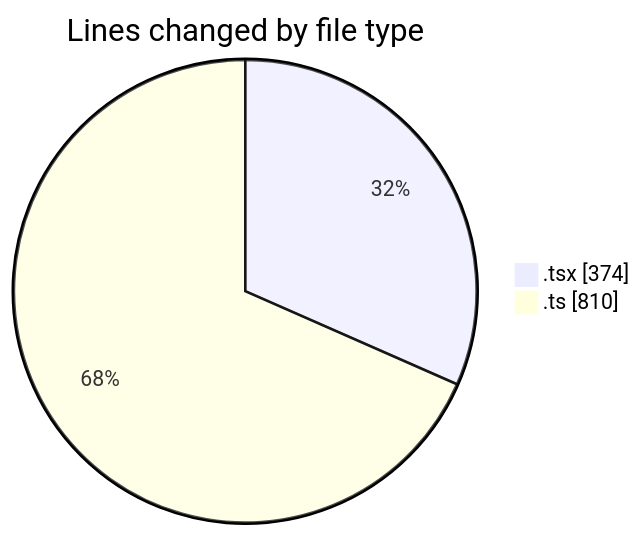
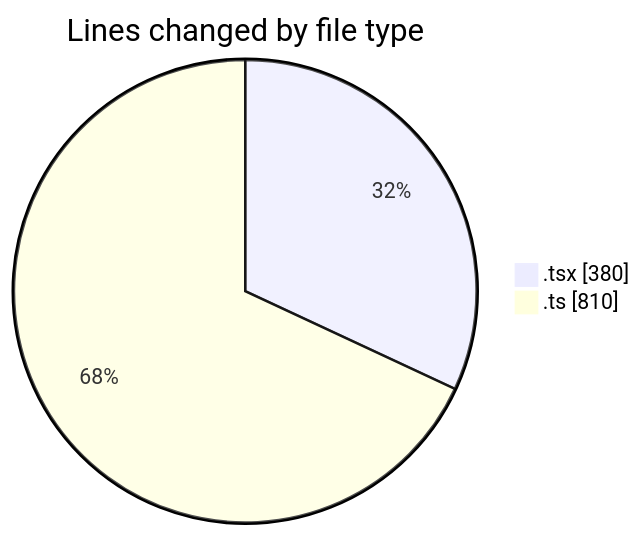
Before and after one commit to nxtqubesakshisongat/code-tracking: the first of 2 diagrams in 2026-02-05/nxtqube_webapp/README.md, drawn with Mermaid. The commit also changed other lines of this file and 1 other file, not shown here.

````diff
--- a/2026-02-05/nxtqube_webapp/README.md
+++ b/2026-02-05/nxtqube_webapp/README.md
@@ -25,6 +25,6 @@
 ```mermaid
 pie showData
 title Lines changed by file type
-".tsx" : 374
+".tsx" : 380
 ".ts" : 810
 ```
````
